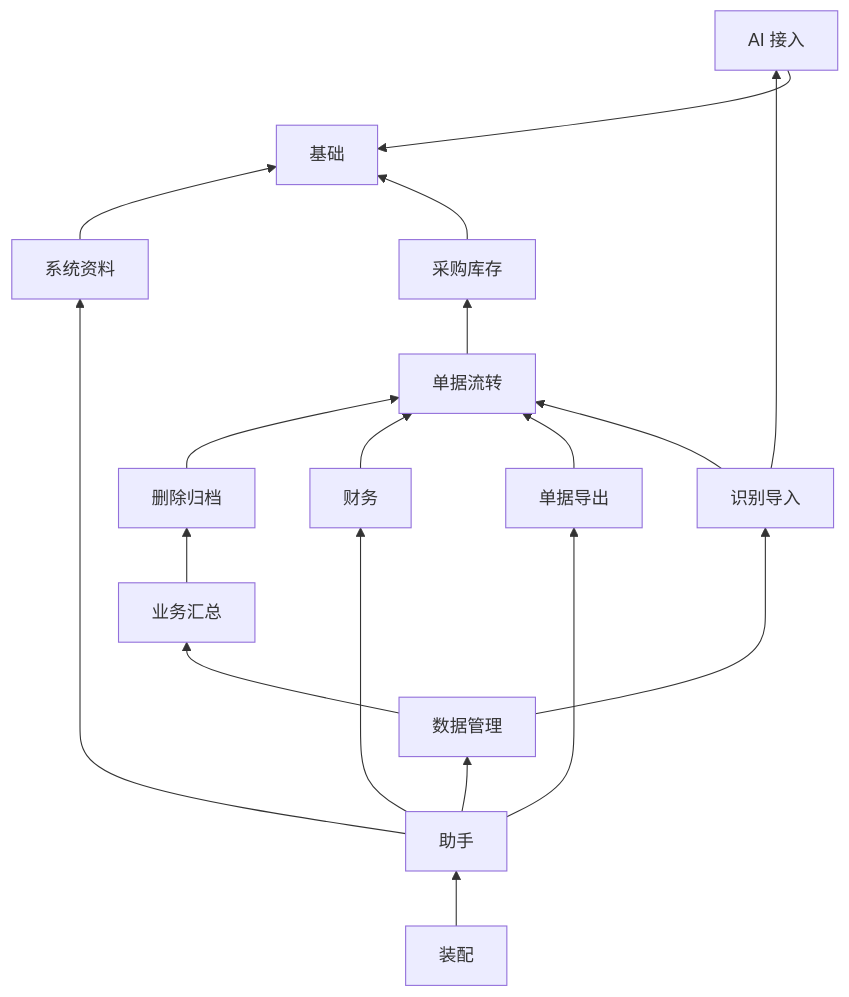
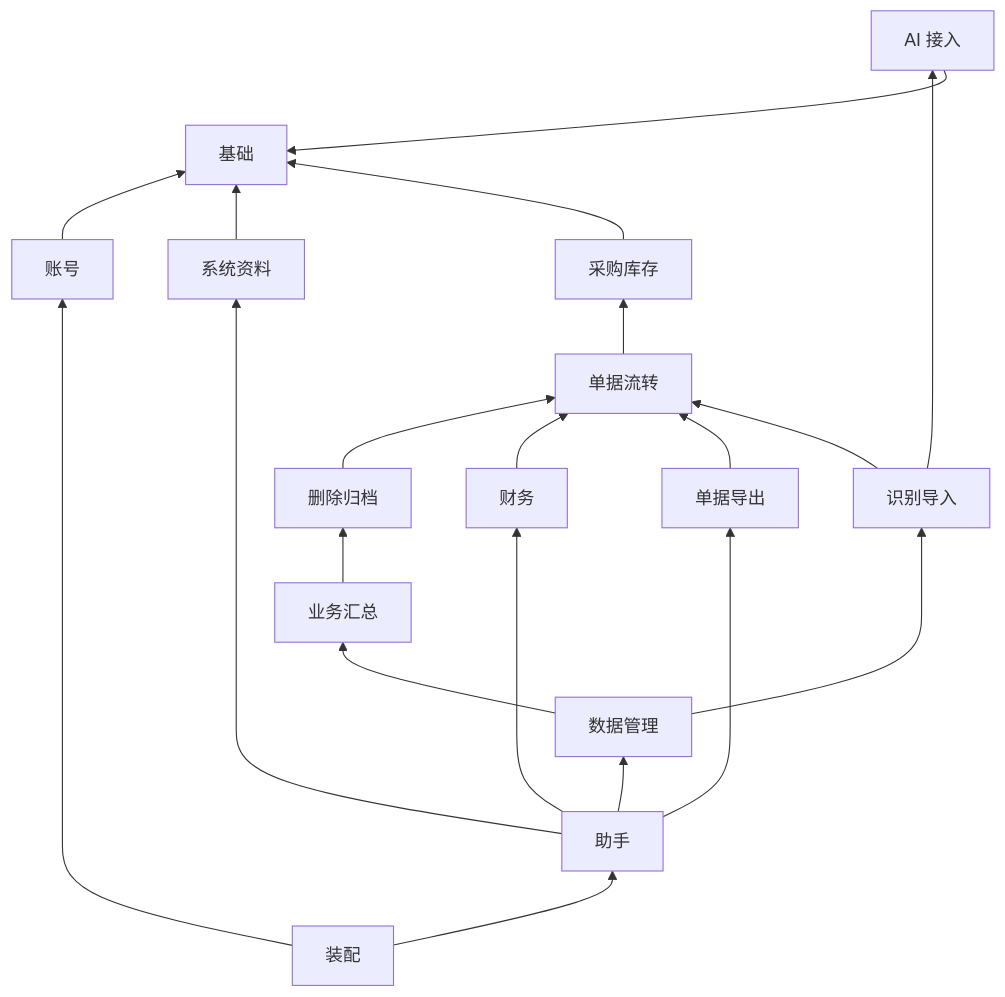
The second of 2 diagrams in docs/架构说明.md (empitor/yongle-carton-erp), drawn with Mermaid before and after one commit. The commit also changed other lines of this file and 123 other files, not shown here.

````diff
--- a/docs/架构说明.md
+++ b/docs/架构说明.md
@@ -75,21 +76,23 @@
 ```mermaid
 flowchart BT
   core[基础] ~~~ ai[AI 接入]
   ai --> core
+  accounts[账号] --> core
   sys[系统资料] --> core
   ops[采购库存] --> core
   flow[单据流转] --> ops
   life[删除归档] --> flow
   biz[业务汇总] --> life
   fin[财务] --> flow
   doc[单据导出] --> flow
   imp[识别导入] --> flow
   imp --> ai
   adm[数据管理] --> biz
   adm --> imp
   ast[助手] --> adm
   ast --> doc
   ast --> fin
   ast --> sys
   app[装配] --> ast
+  app --> accounts
 ```
````
